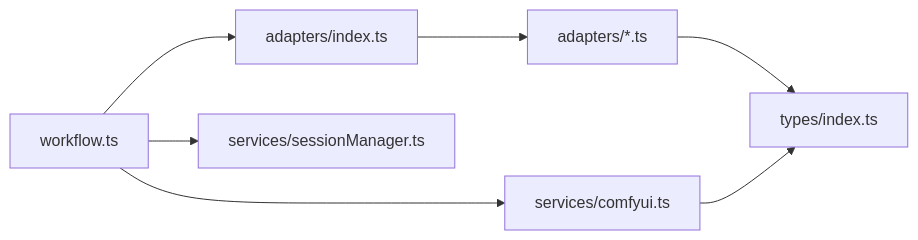
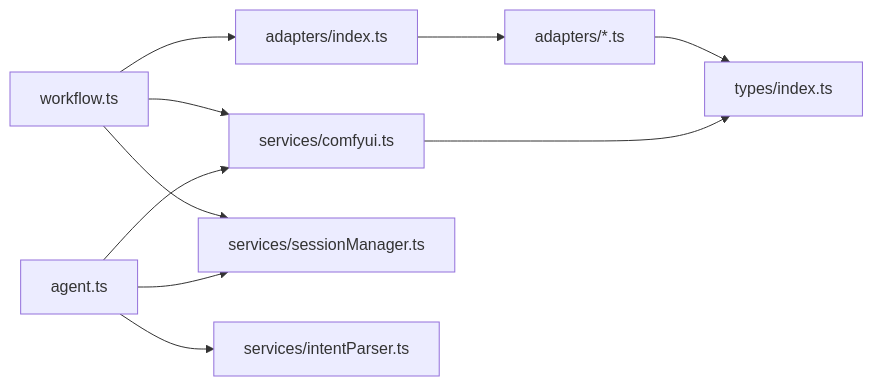
Diagram 11 of 11 in .qoder/repowiki/zh/content/后端服务/工作流路由.md (billye220670/CorineKit_Pix2Real), drawn with Mermaid before and after one commit. The commit also changed other lines of this file and 20 other files, not shown here.

````diff
--- a/.qoder/repowiki/zh/content/后端服务/工作流路由.md
+++ b/.qoder/repowiki/zh/content/后端服务/工作流路由.md
@@ -512,9 +615,12 @@
 ```mermaid
 graph LR
 WF["workflow.ts"] --> ADIDX["adapters/index.ts"]
 WF --> CUIS["services/comfyui.ts"]
 WF --> SM["services/sessionManager.ts"]
+RAG["agent.ts"] --> IP["services/intentParser.ts"]
+RAG --> CUIS
+RAG --> SM
 ADIDX --> WAdapters["adapters/*.ts"]
 WAdapters --> Types["types/index.ts"]
 CUIS --> Types
 ```
````
